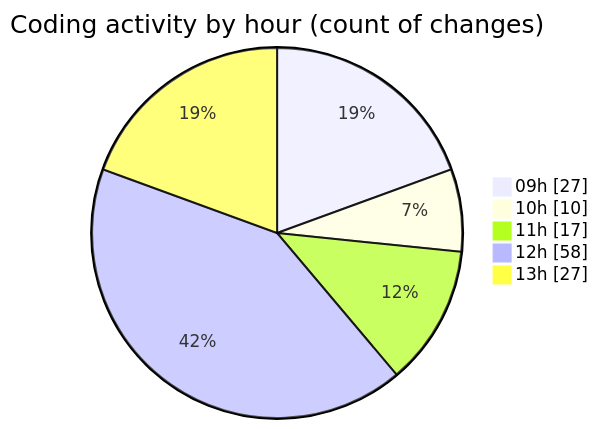
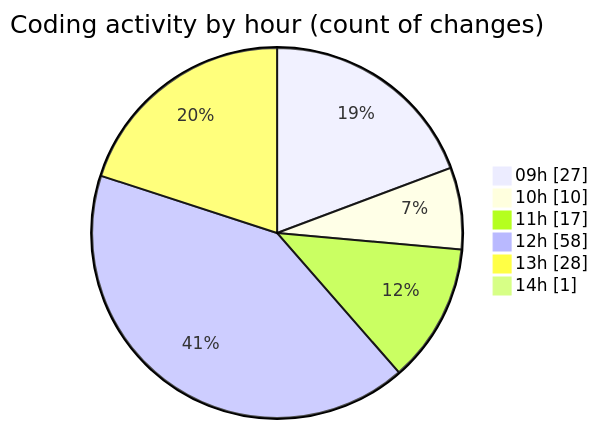
One commit to momahboobian/code-tracking changed the second of 2 diagrams in 2026-05-15/cda/README.md. Above: the diagram before and after it, drawn with Mermaid. The commit also changed other lines of this file and 1 other file, not shown here.

````diff
--- a/2026-05-15/cda/README.md
+++ b/2026-05-15/cda/README.md
@@ -59,9 +59,10 @@
 ```mermaid
 pie showData
 title Coding activity by hour (count of changes)
 "09h" : 27
 "10h" : 10
 "11h" : 17
 "12h" : 58
-"13h" : 27
+"13h" : 28
+"14h" : 1
 ```
````
